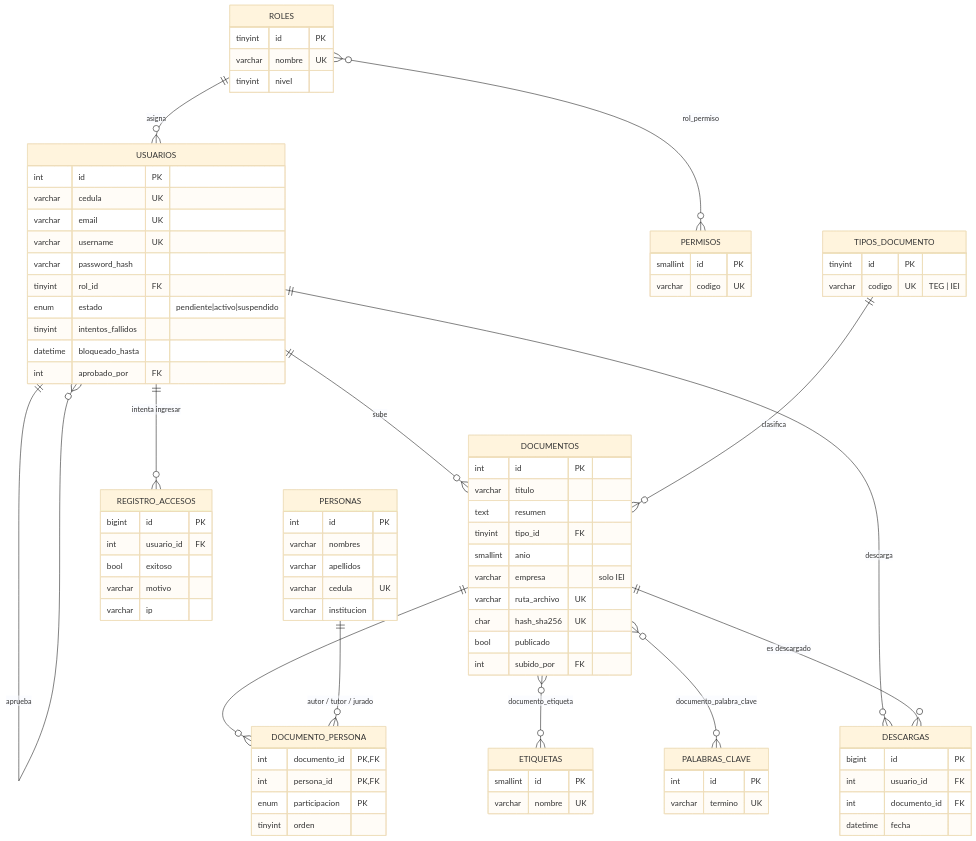
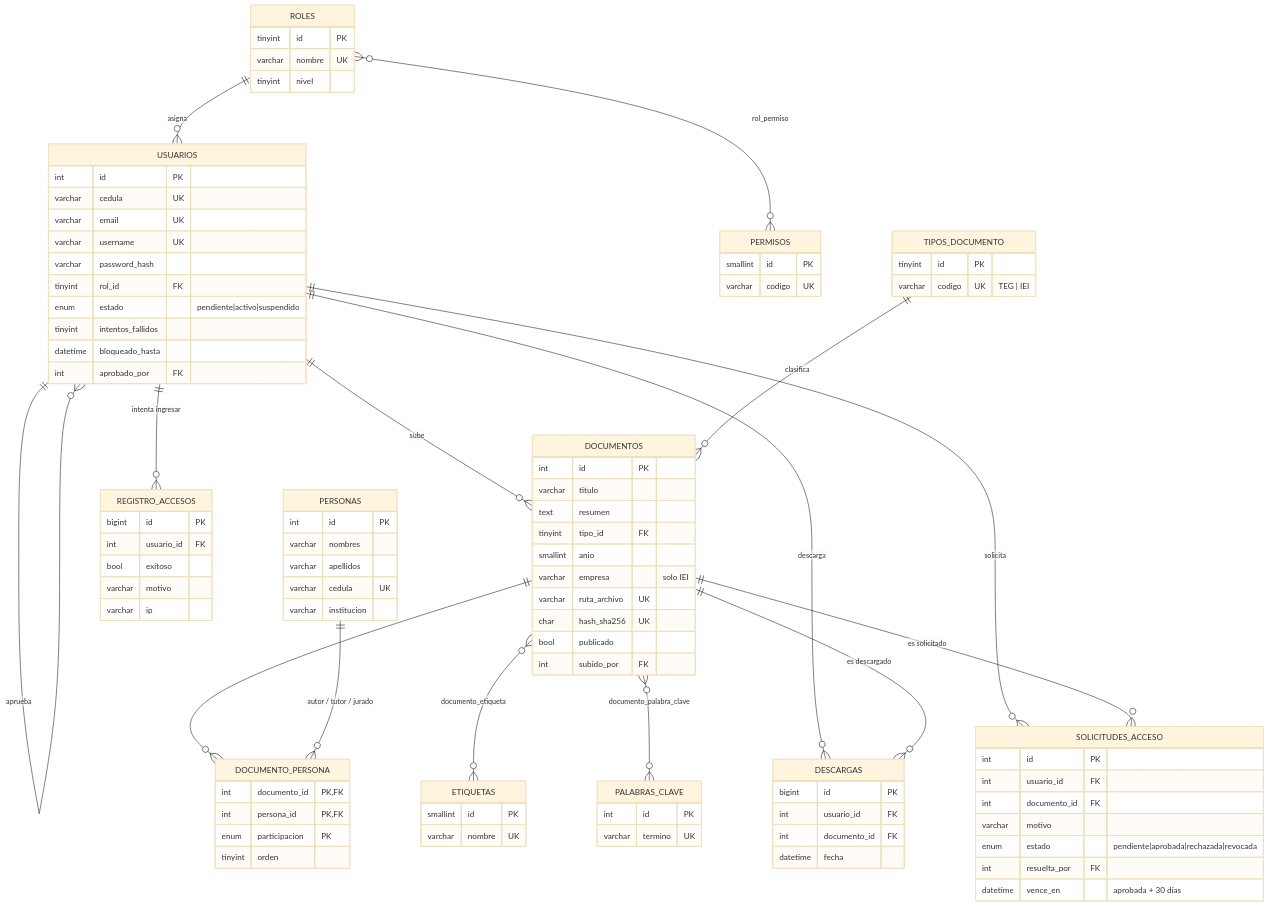
The diagram in docs/01_modelo_entidad_relacion.md (samuelgon008/Repositorio-UNEXPO), drawn with Mermaid (base theme) before and after one commit. The commit also changed other lines of this file and 19 other files, not shown here.

First line of the commit message:
Interfaz web por roles: solicitudes de acceso y panel de administración

````diff
--- a/docs/01_modelo_entidad_relacion.md
+++ b/docs/01_modelo_entidad_relacion.md
@@ -24,6 +24,8 @@
     USUARIOS ||--o{ REGISTRO_ACCESOS : "intenta ingresar"
     USUARIOS ||--o{ DESCARGAS : "descarga"
     DOCUMENTOS ||--o{ DESCARGAS : "es descargado"
+    USUARIOS ||--o{ SOLICITUDES_ACCESO : "solicita"
+    DOCUMENTOS ||--o{ SOLICITUDES_ACCESO : "es solicitado"
 
     ROLES {
         tinyint id PK
@@ -96,4 +98,13 @@
         int documento_id FK
         datetime fecha
     }
+    SOLICITUDES_ACCESO {
+        int id PK
+        int usuario_id FK
+        int documento_id FK
+        varchar motivo
+        enum estado "pendiente|aprobada|rechazada|revocada"
+        int resuelta_por FK
+        datetime vence_en "aprobada + 30 días"
+    }
 ```
````
